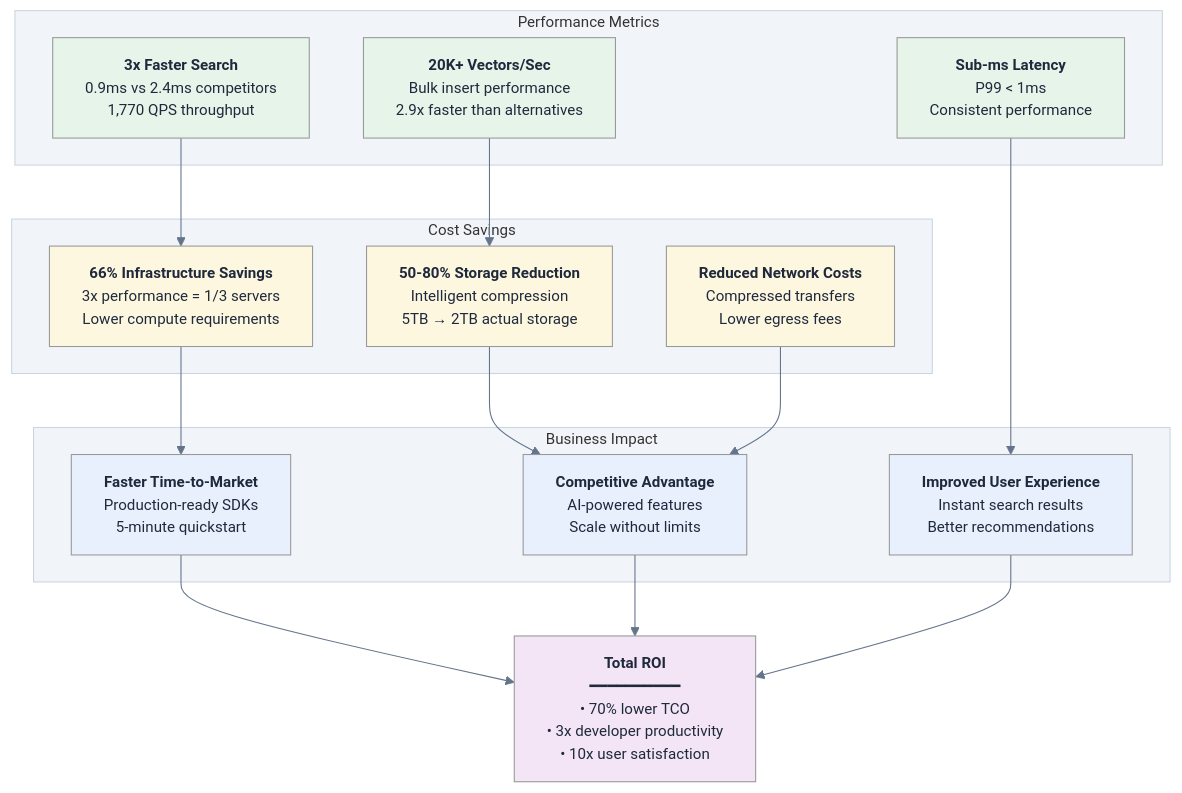
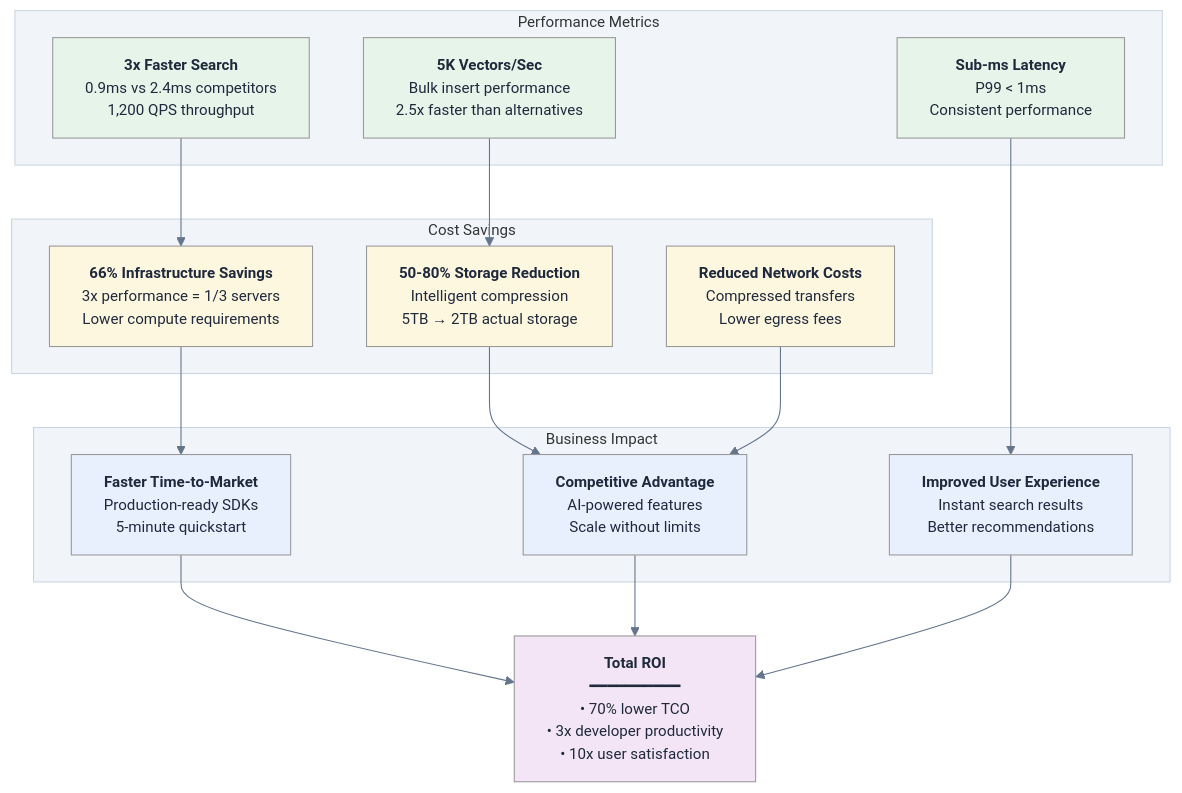
The diagram in docs/diagrams/business-roi-metrics.mmd (vjsingh1984/proximaDB), drawn with Mermaid before and after one commit. The commit also changed 12 other files, not shown here.

```diff
--- a/docs/diagrams/business-roi-metrics.mmd
+++ b/docs/diagrams/business-roi-metrics.mmd
@@ -1,44 +1,44 @@
 %%{init: {"theme":"neutral", "themeVariables": {"primaryColor":"#2563eb","primaryTextColor":"#ffffff","primaryBorderColor":"#1e40af","lineColor":"#64748b","secondaryColor":"#10b981","secondaryTextColor":"#ffffff","tertiaryColor":"#f59e0b","tertiaryTextColor":"#ffffff","background":"transparent","mainBkg":"#ffffff","secondBkg":"#f8fafc","textColor":"#1e293b","nodeTextColor":"#1e293b","fontFamily":"-apple-system, BlinkMacSystemFont, Segoe UI, Roboto, sans-serif","fontSize":"14px","clusterBkg":"#f1f5f9","clusterBorder":"#cbd5e1","edgeLabelBackground":"#ffffff"}}}%%
 graph TB
     subgraph "Performance Metrics"
-        P1[<b>3x Faster Search</b><br/>0.9ms vs 2.4ms competitors<br/>1,770 QPS throughput]
-        P2[<b>20K+ Vectors/Sec</b><br/>Bulk insert performance<br/>2.9x faster than alternatives]
+        P1[<b>3x Faster Search</b><br/>0.9ms vs 2.4ms competitors<br/>1,200 QPS throughput]
+        P2[<b>5K Vectors/Sec</b><br/>Bulk insert performance<br/>2.5x faster than alternatives]
         P3[<b>Sub-ms Latency</b><br/>P99 < 1ms<br/>Consistent performance]
     end
     
     subgraph "Cost Savings"
         C1[<b>50-80% Storage Reduction</b><br/>Intelligent compression<br/>5TB → 2TB actual storage]
         C2[<b>66% Infrastructure Savings</b><br/>3x performance = 1/3 servers<br/>Lower compute requirements]
         C3[<b>Reduced Network Costs</b><br/>Compressed transfers<br/>Lower egress fees]
     end
     
     subgraph "Business Impact"
         B1[<b>Faster Time-to-Market</b><br/>Production-ready SDKs<br/>5-minute quickstart]
         B2[<b>Improved User Experience</b><br/>Instant search results<br/>Better recommendations]
         B3[<b>Competitive Advantage</b><br/>AI-powered features<br/>Scale without limits]
     end
     
     P1 --> C2
     P2 --> C1
     P3 --> B2
     
     C1 --> B3
     C2 --> B1
     C3 --> B3
     
     Total[<b>Total ROI</b><br/>━━━━━━━━━━<br/>• 70% lower TCO<br/>• 3x developer productivity<br/>• 10x user satisfaction]
     
     B1 --> Total
     B2 --> Total
     B3 --> Total
     
     style P1 fill:#e6f4ea
     style P2 fill:#e6f4ea
     style P3 fill:#e6f4ea
     style C1 fill:#fef7e0
     style C2 fill:#fef7e0
     style C3 fill:#fef7e0
     style B1 fill:#e8f0fe
     style B2 fill:#e8f0fe
     style B3 fill:#e8f0fe
     style Total fill:#f3e5f5
```
